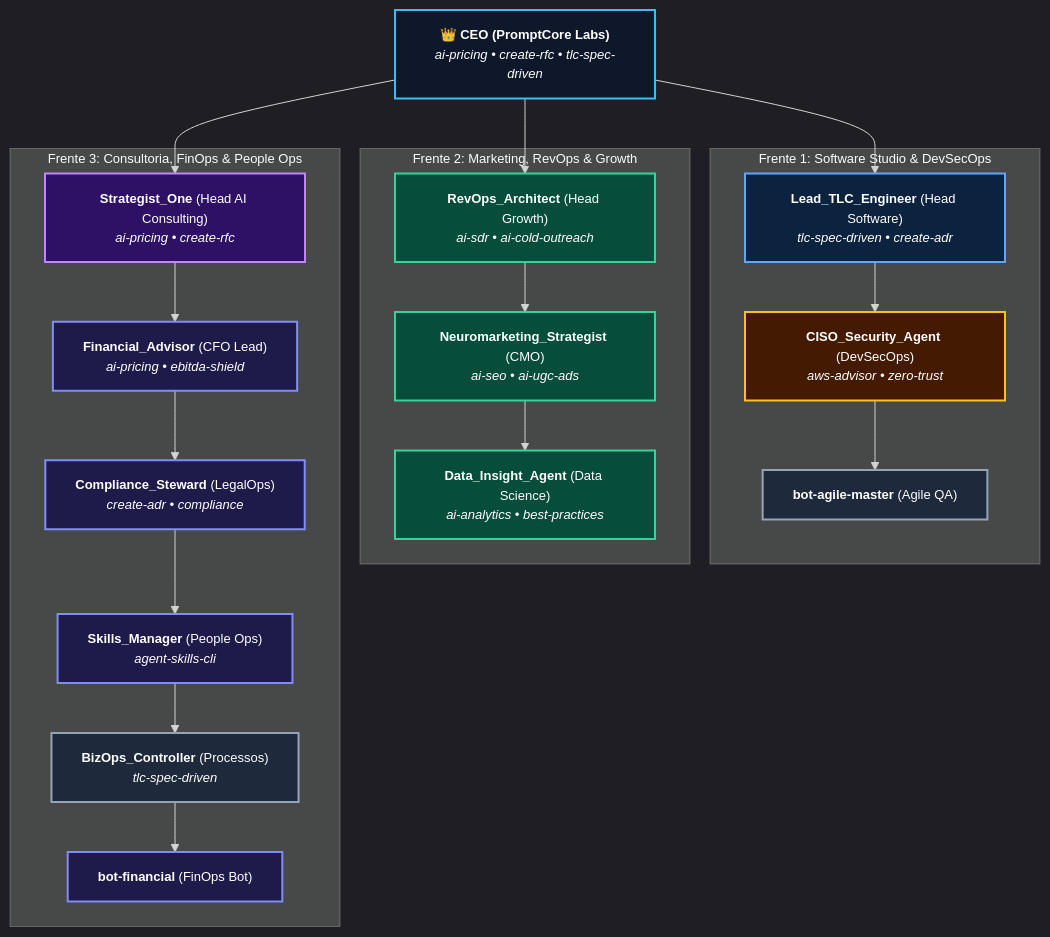
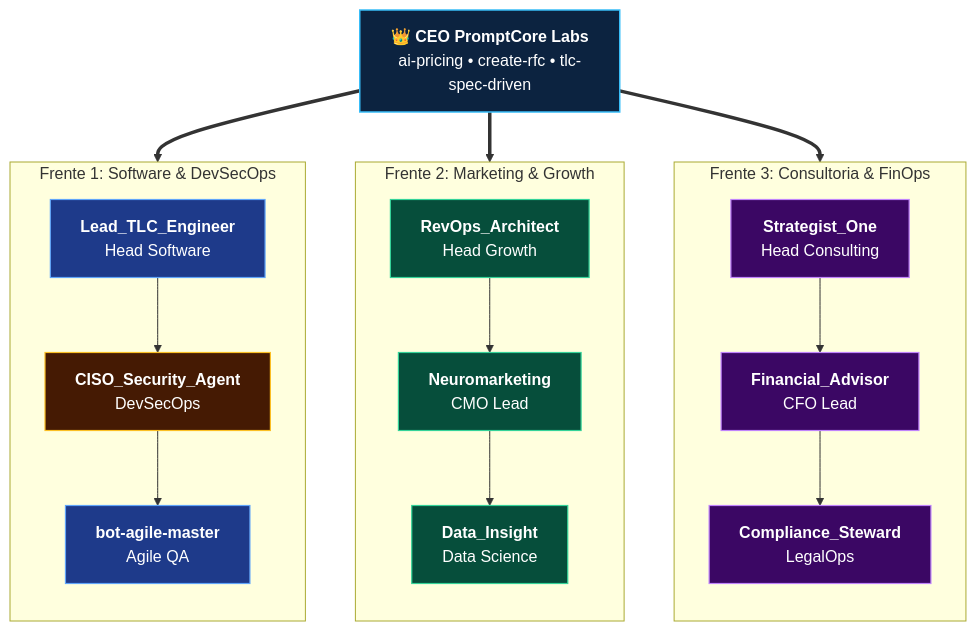
One commit to EnterDufter/PromptCoreLabs_AEOS changed the second of 3 diagrams in projects/Living Architecture PCL AEOS/docs/agents-squads/README.md. Above: the diagram before and after it, drawn with Mermaid. The commit also changed other lines of this file and 8 other files, not shown here.

Commit message:
docs(mermaid): padronizar 15 diagramas calibrados v7 no repo, github pages e skill cortex

````diff
--- a/projects/Living Architecture PCL AEOS/docs/agents-squads/README.md
+++ b/projects/Living Architecture PCL AEOS/docs/agents-squads/README.md
@@ -62,41 +65,38 @@
 ```mermaid
-%%{init: {'theme': 'dark', 'themeVariables': { 'fontSize': '13px', 'fontFamily': 'Inter, sans-serif' }}}%%
-graph TD
-    classDef board fill:#0f172a,stroke:#38bdf8,stroke-width:2px,color:#ffffff;
-    classDef squadDev fill:#0c2340,stroke:#60a5fa,stroke-width:2px,color:#ffffff;
-    classDef squadRev fill:#064e3b,stroke:#34d399,stroke-width:2px,color:#ffffff;
-    classDef squadEstra fill:#2e1065,stroke:#c084fc,stroke-width:2px,color:#ffffff;
-    classDef squadFin fill:#1e1b4b,stroke:#818cf8,stroke-width:2px,color:#ffffff;
-    classDef squadSec fill:#451a03,stroke:#fbbf24,stroke-width:2px,color:#ffffff;
-    classDef squadOps fill:#1e293b,stroke:#94a3b8,stroke-width:2px,color:#ffffff;
+flowchart TD
+    classDef ceo fill:#0c2340,stroke:#38bdf8,stroke-width:1.5px,color:#ffffff;
+    classDef tlc fill:#1e3a8a,stroke:#60a5fa,stroke-width:1.2px,color:#ffffff;
+    classDef mkt fill:#064e3b,stroke:#34d399,stroke-width:1.2px,color:#ffffff;
+    classDef biz fill:#3b0764,stroke:#c084fc,stroke-width:1.2px,color:#ffffff;
+    classDef sec fill:#451a03,stroke:#fbbf24,stroke-width:1.2px,color:#ffffff;
 
-    CEO["👑 <b>CEO (PromptCore Labs)</b><br/><i>ai-pricing • create-rfc • tlc-spec-driven</i>"]:::board
+    CEO["👑 <b>CEO PromptCore Labs</b><br/>ai-pricing • create-rfc • tlc-spec-driven"]:::ceo
 
-    subgraph Vert_Software["Frente 1: Software Studio & DevSecOps"]
-        LeadEng["<b>Lead_TLC_Engineer</b> (Head Software)<br/><i>tlc-spec-driven • create-adr</i>"]:::squadDev
-        CISO["<b>CISO_Security_Agent</b> (DevSecOps)<br/><i>aws-advisor • zero-trust</i>"]:::squadSec
-        AgileBot["<b>bot-agile-master</b> (Agile QA)"]:::squadOps
-        LeadEng --> CISO --> AgileBot
+    subgraph F1 ["Frente 1: Software & DevSecOps"]
+        direction TB
+        TLC["<b>Lead_TLC_Engineer</b><br/>Head Software"]:::tlc
+        CISO["<b>CISO_Security_Agent</b><br/>DevSecOps"]:::sec
+        Agile["<b>bot-agile-master</b><br/>Agile QA"]:::tlc
+        TLC --> CISO --> Agile
     end
 
-    subgraph Vert_Growth["Frente 2: Marketing, RevOps & Growth"]
-        RevOps["<b>RevOps_Architect</b> (Head Growth)<br/><i>ai-sdr • ai-cold-outreach</i>"]:::squadRev
-        CMO["<b>Neuromarketing_Strategist</b> (CMO)<br/><i>ai-seo • ai-ugc-ads</i>"]:::squadRev
-        GrowthDS["<b>Data_Insight_Agent</b> (Data Science)<br/><i>ai-analytics • best-practices</i>"]:::squadRev
-        RevOps --> CMO --> GrowthDS
+    subgraph F2 ["Frente 2: Marketing & Growth"]
+        direction TB
+        RevOps["<b>RevOps_Architect</b><br/>Head Growth"]:::mkt
+        Neuro["<b>Neuromarketing</b><br/>CMO Lead"]:::mkt
+        Data["<b>Data_Insight</b><br/>Data Science"]:::mkt
+        RevOps --> Neuro --> Data
     end
 
-    subgraph Vert_Consulting["Frente 3: Consultoria, FinOps & People Ops"]
-        Strategist["<b>Strategist_One</b> (Head AI Consulting)<br/><i>ai-pricing • create-rfc</i>"]:::squadEstra
-        FinAdv["<b>Financial_Advisor</b> (CFO Lead)<br/><i>ai-pricing • ebitda-shield</i>"]:::squadFin
-        Compliance["<b>Compliance_Steward</b> (LegalOps)<br/><i>create-adr • compliance</i>"]:::squadFin
-        SkillsMgr["<b>Skills_Manager</b> (People Ops)<br/><i>agent-skills-cli</i>"]:::squadFin
-        BizOps["<b>BizOps_Controller</b> (Processos)<br/><i>tlc-spec-driven</i>"]:::squadOps
-        FinBot["<b>bot-financial</b> (FinOps Bot)"]:::squadFin
-        Strategist --> FinAdv --> Compliance --> SkillsMgr --> BizOps --> FinBot
+    subgraph F3 ["Frente 3: Consultoria & FinOps"]
+        direction TB
+        Strat["<b>Strategist_One</b><br/>Head Consulting"]:::biz
+        Fin["<b>Financial_Advisor</b><br/>CFO Lead"]:::biz
+        Legal["<b>Compliance_Steward</b><br/>LegalOps"]:::biz
+        Strat --> Fin --> Legal
     end
 
-    CEO --> LeadEng
-    CEO --> RevOps
-    CEO --> Strategist
+    CEO ==> F1
+    CEO ==> F2
+    CEO ==> F3
 ```
````
